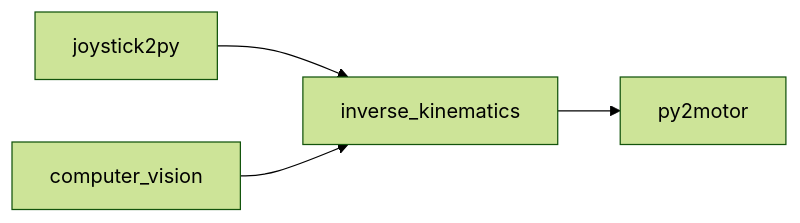
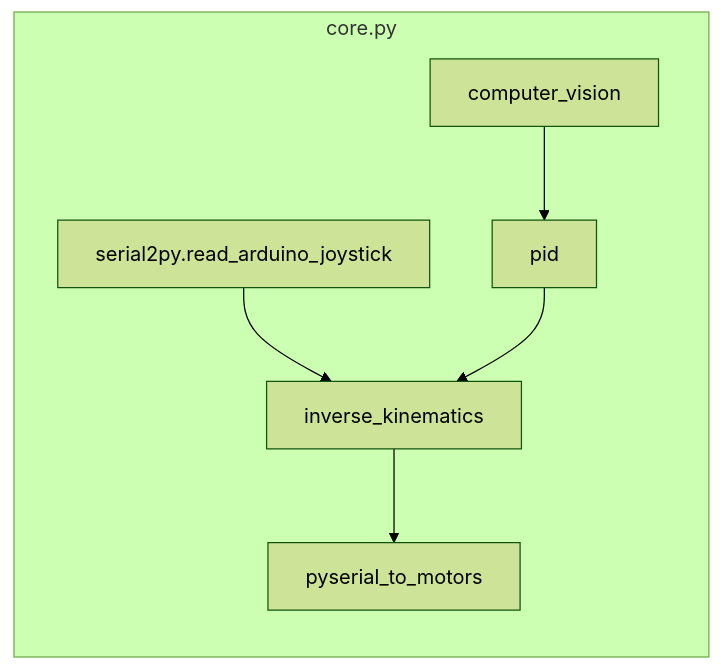
Before and after one commit to thomasonzhou/ball-balancing-software: the diagram in docs/architecture/core.md, drawn with Mermaid (forest theme). The commit also changed 9 other files, not shown here.

````diff
--- a/docs/architecture/core.md
+++ b/docs/architecture/core.md
@@ -1,5 +1,8 @@
 ```mermaid
 flowchart LR
-    joystick2py --> inverse_kinematics --> py2motor
-    computer_vision --> inverse_kinematics
+    subgraph core.py
+        serial2py.read_arduino_joystick --> inverse_kinematics
+        computer_vision --> pid
+        pid --> inverse_kinematics --> pyserial_to_motors
+    end
 ```
````
